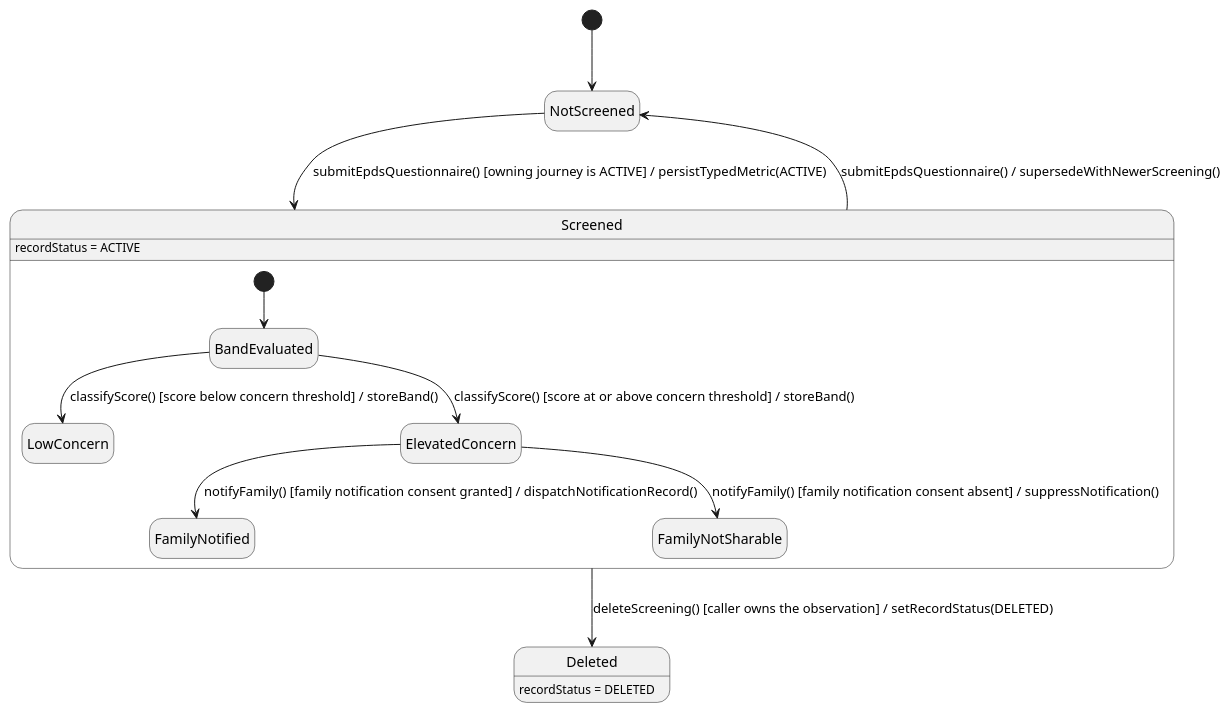
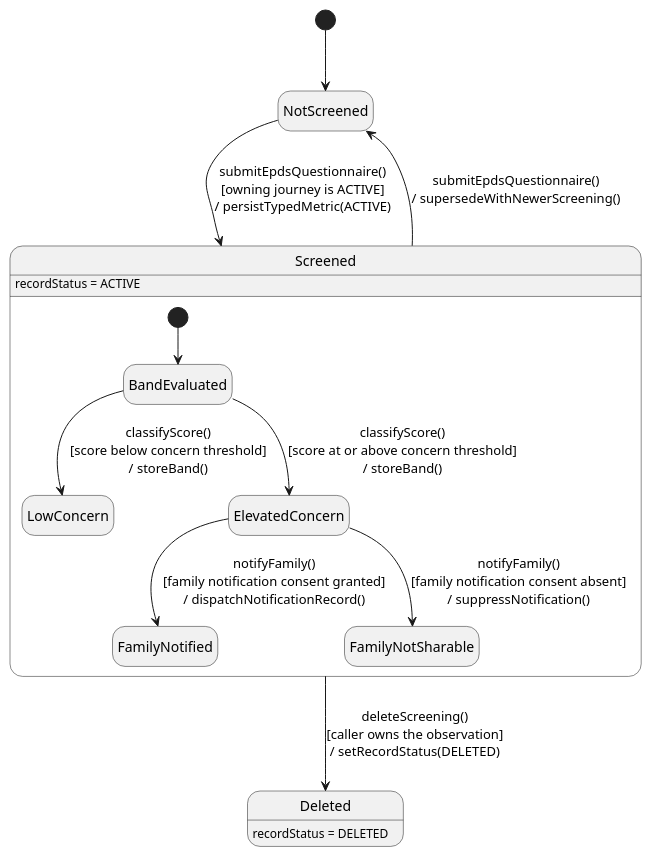
The third of 3 diagrams in 03_Design/Detailed_Design/MF02_Mother_Care_Journey/06_EPDS_Screening_History_and_Family_Notification.md (ChuongBDHE172784/CareBridge_SEP490_G79), drawn with PlantUML before and after one commit. The commit also changed 61 other files, not shown here.

Commit message:
docs: update detailed design documentation and state chart diagrams across all feature modules

````diff
--- a/03_Design/Detailed_Design/MF02_Mother_Care_Journey/06_EPDS_Screening_History_and_Family_Notification.md
+++ b/03_Design/Detailed_Design/MF02_Mother_Care_Journey/06_EPDS_Screening_History_and_Family_Notification.md
@@ -149,21 +149,21 @@
 ```plantuml
 @startuml StateChartDiagram_06EPDSScreeningHistoryandFamilyNotification
 hide empty description
 [*] --> NotScreened
 
-NotScreened --> Screened : submitEpdsQuestionnaire() [owning journey is ACTIVE] / persistTypedMetric(ACTIVE)
-Screened --> Deleted : deleteScreening() [caller owns the observation] / setRecordStatus(DELETED)
-Screened --> NotScreened : submitEpdsQuestionnaire() / supersedeWithNewerScreening()
+NotScreened --> Screened : submitEpdsQuestionnaire()\n[owning journey is ACTIVE]\n/ persistTypedMetric(ACTIVE)
+Screened --> Deleted : deleteScreening()\n[caller owns the observation]\n/ setRecordStatus(DELETED)
+Screened --> NotScreened : submitEpdsQuestionnaire()\n/ supersedeWithNewerScreening()
 
 state Screened {
   [*] --> BandEvaluated
-  BandEvaluated --> LowConcern : classifyScore() [score below concern threshold] / storeBand()
-  BandEvaluated --> ElevatedConcern : classifyScore() [score at or above concern threshold] / storeBand()
-  ElevatedConcern --> FamilyNotified : notifyFamily() [family notification consent granted] / dispatchNotificationRecord()
-  ElevatedConcern --> FamilyNotSharable : notifyFamily() [family notification consent absent] / suppressNotification()
+  BandEvaluated --> LowConcern : classifyScore()\n[score below concern threshold]\n/ storeBand()
+  BandEvaluated --> ElevatedConcern : classifyScore()\n[score at or above concern threshold]\n/ storeBand()
+  ElevatedConcern --> FamilyNotified : notifyFamily()\n[family notification consent granted]\n/ dispatchNotificationRecord()
+  ElevatedConcern --> FamilyNotSharable : notifyFamily()\n[family notification consent absent]\n/ suppressNotification()
 }
 
 Screened : recordStatus = ACTIVE
 Deleted : recordStatus = DELETED
 @enduml
 ```
````
